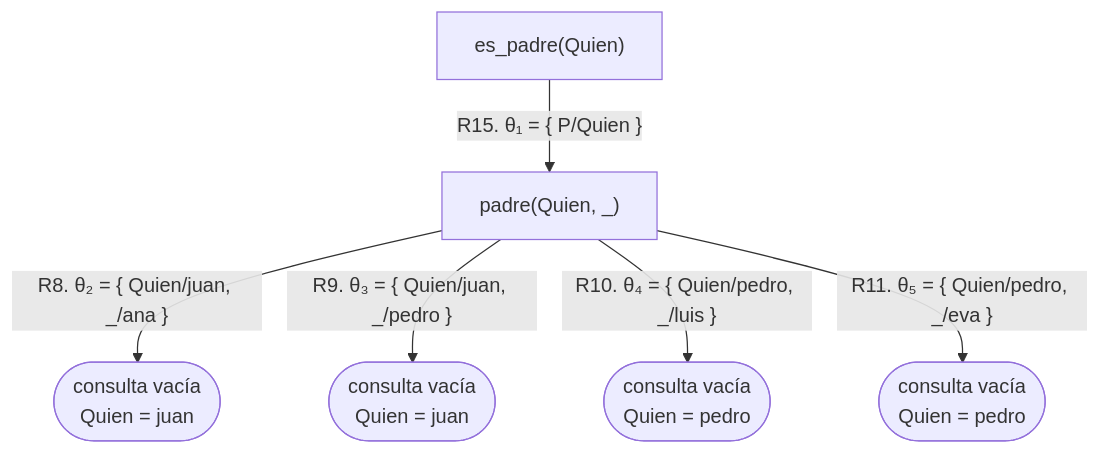
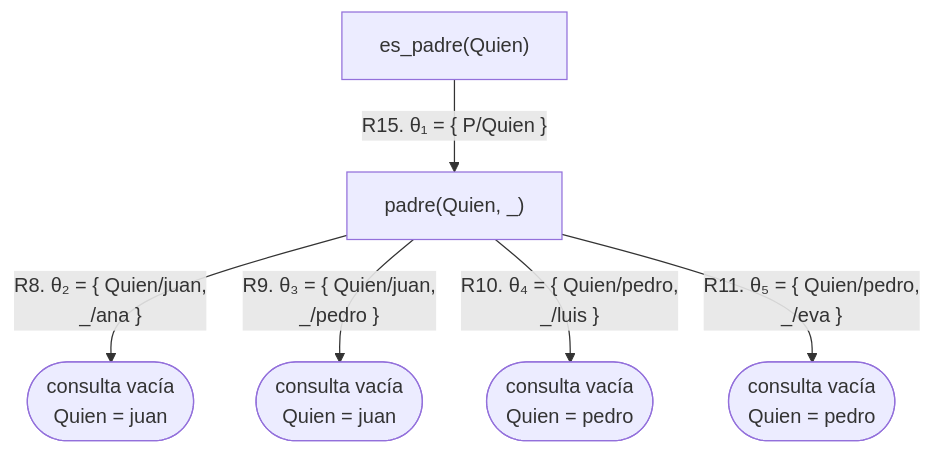
Before and after one commit to CesarBallardini/curso-de-prolog: the fourth of 7 diagrams in docs/capitulo-03-reglas-y-conjunciones/index.md, drawn with Mermaid. The commit also changed other lines of this file and 24 other files, not shown here.

First line of the commit message:
feat(docs): botones para ocultar las columnas laterales y etiquetas cortas en los diagramas

````diff
--- a/docs/capitulo-03-reglas-y-conjunciones/index.md
+++ b/docs/capitulo-03-reglas-y-conjunciones/index.md
@@ -303,8 +303,8 @@
 ```mermaid
 flowchart TD
     A["es_padre(Quien)"] -- "R15. θ₁ = {&nbsp;P/Quien&nbsp;}" --> B["padre(Quien, _)"]
-    B -- "R8. θ₂ = {&nbsp;Quien/juan, _/ana&nbsp;}" --> S1(["consulta vacía<br/>Quien = juan"])
-    B -- "R9. θ₃ = {&nbsp;Quien/juan, _/pedro&nbsp;}" --> S2(["consulta vacía<br/>Quien = juan"])
-    B -- "R10. θ₄ = {&nbsp;Quien/pedro, _/luis&nbsp;}" --> S3(["consulta vacía<br/>Quien = pedro"])
-    B -- "R11. θ₅ = {&nbsp;Quien/pedro, _/eva&nbsp;}" --> S4(["consulta vacía<br/>Quien = pedro"])
+    B -- "R8. θ₂ = {&nbsp;Quien/juan,<br/>_/ana&nbsp;}" --> S1(["consulta vacía<br/>Quien = juan"])
+    B -- "R9. θ₃ = {&nbsp;Quien/juan,<br/>_/pedro&nbsp;}" --> S2(["consulta vacía<br/>Quien = juan"])
+    B -- "R10. θ₄ = {&nbsp;Quien/pedro,<br/>_/luis&nbsp;}" --> S3(["consulta vacía<br/>Quien = pedro"])
+    B -- "R11. θ₅ = {&nbsp;Quien/pedro,<br/>_/eva&nbsp;}" --> S4(["consulta vacía<br/>Quien = pedro"])
 ```
````
